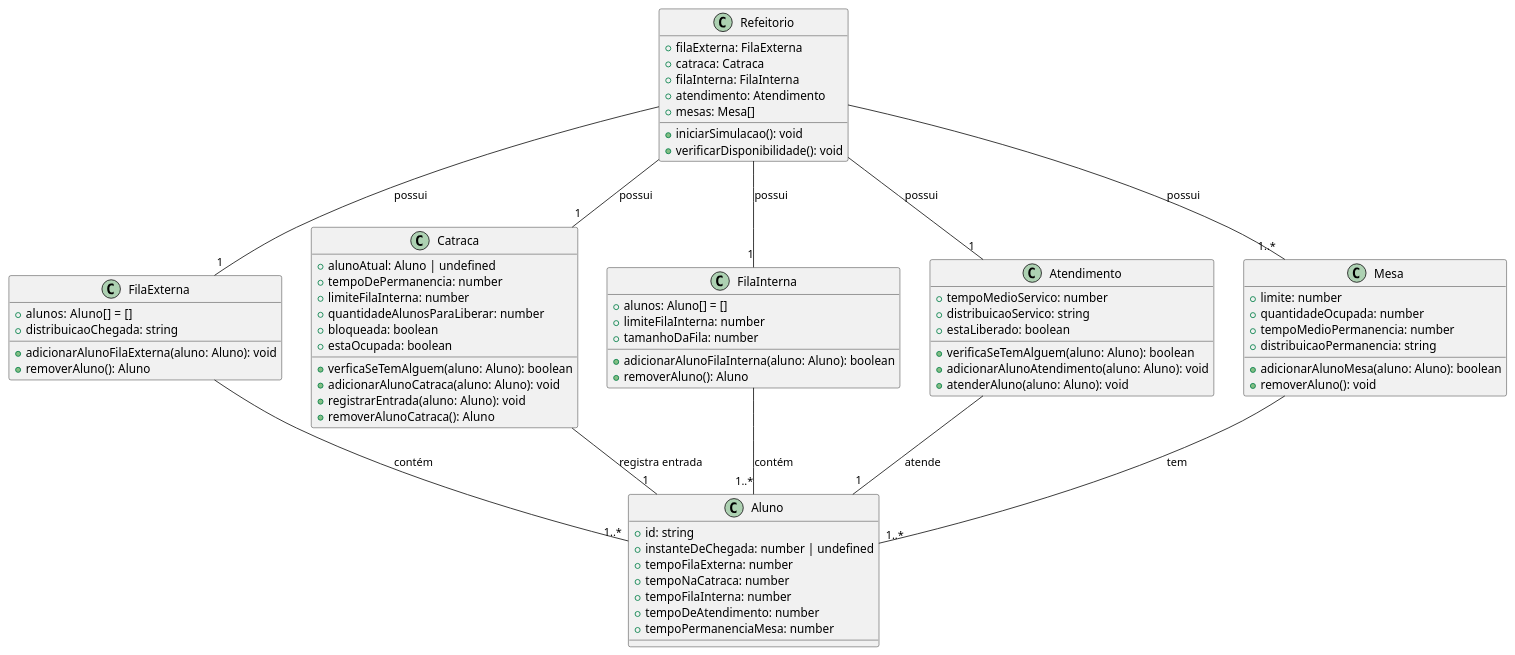
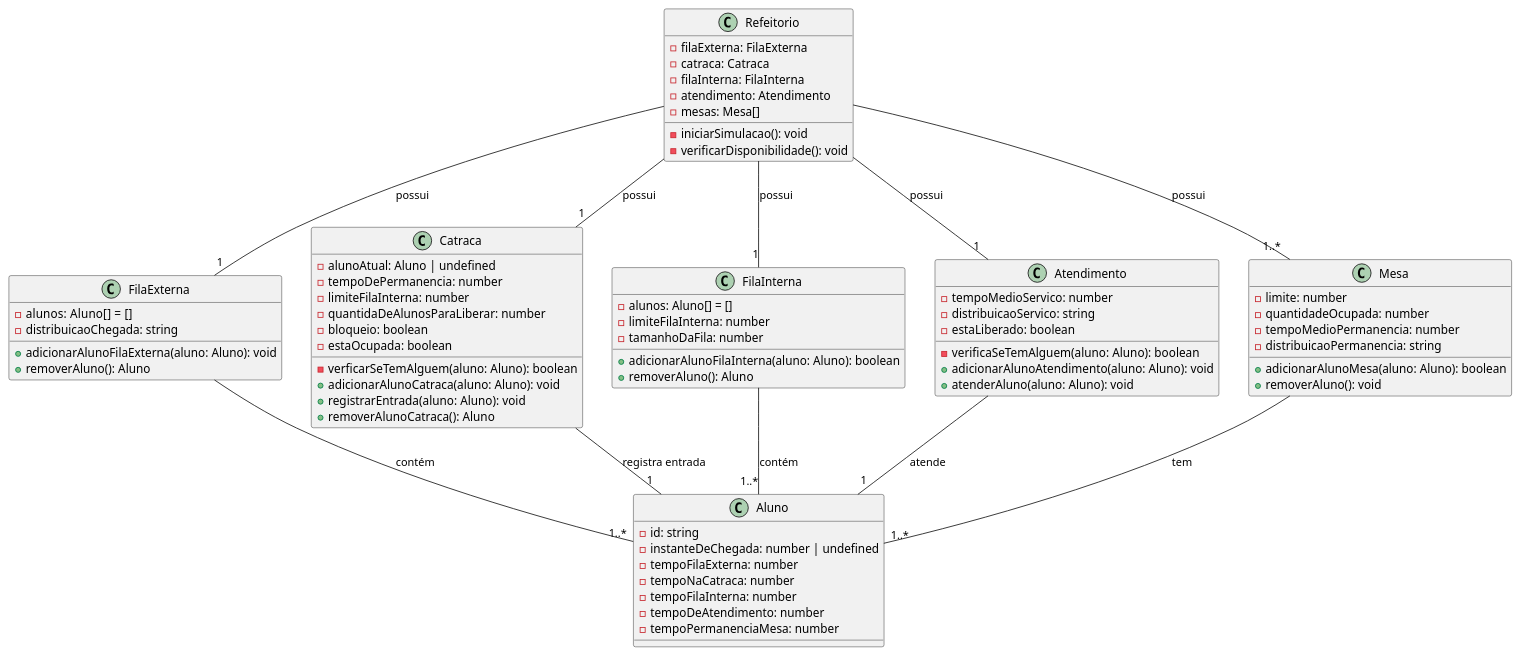
The diagram in design/system.plantuml (j-nilton/sfr-template), drawn with PlantUML before and after one commit. The commit also changed 7 other files, not shown here.

Commit message:
Primeira implementação no arquivo 'Sistema', com a adição das classes, atributos e métodos. OBS: ainda não foi adicionada nenhuma verificação de erro!!

```diff
--- a/design/system.plantuml
+++ b/design/system.plantuml
@@ -1,78 +1,78 @@
-@startuml Gerenciador para Refeitorio 
+@startuml Arquivo Sistema
 class Aluno {
-    +id: string
-    +instanteDeChegada: number | undefined
-    +tempoFilaExterna: number
-    +tempoNaCatraca: number
-    +tempoFilaInterna: number
-    +tempoDeAtendimento: number
-    +tempoPermanenciaMesa: number
+    -id: string
+    -instanteDeChegada: number | undefined
+    -tempoFilaExterna: number
+    -tempoNaCatraca: number
+    -tempoFilaInterna: number
+    -tempoDeAtendimento: number
+    -tempoPermanenciaMesa: number
 }
 
 class FilaExterna {
-    +alunos: Aluno[]  = []
-    +distribuicaoChegada: string
+    -alunos: Aluno[]  = []
+    -distribuicaoChegada: string
     +adicionarAlunoFilaExterna(aluno: Aluno): void
     +removerAluno(): Aluno
 }
 
 class Catraca {
-    +alunoAtual: Aluno | undefined
-    +tempoDePermanencia: number
-    +limiteFilaInterna: number
-    +quantidadeAlunosParaLiberar: number
-    +bloqueada: boolean
-    +estaOcupada: boolean
-    +verficaSeTemAlguem(aluno: Aluno): boolean
+    -alunoAtual: Aluno | undefined
+    -tempoDePermanencia: number
+    -limiteFilaInterna: number
+    -quantidaDeAlunosParaLiberar: number
+    -bloqueio: boolean
+    -estaOcupada: boolean
+    -verficarSeTemAlguem(aluno: Aluno): boolean
     +adicionarAlunoCatraca(aluno: Aluno): void
     +registrarEntrada(aluno: Aluno): void
     +removerAlunoCatraca(): Aluno
 }
 
 class FilaInterna {
-    +alunos: Aluno[] = []
-    +limiteFilaInterna: number
-    +tamanhoDaFila: number
+    -alunos: Aluno[] = []
+    -limiteFilaInterna: number
+    -tamanhoDaFila: number
     +adicionarAlunoFilaInterna(aluno: Aluno): boolean
     +removerAluno(): Aluno
 }
 
 class Atendimento {
-    +tempoMedioServico: number
-    +distribuicaoServico: string
-    +estaLiberado: boolean
-    +verificaSeTemAlguem(aluno: Aluno): boolean
+    -tempoMedioServico: number
+    -distribuicaoServico: string
+    -estaLiberado: boolean
+    -verificaSeTemAlguem(aluno: Aluno): boolean
     +adicionarAlunoAtendimento(aluno: Aluno): void
     +atenderAluno(aluno: Aluno): void
 }
 
 class Mesa {
-    +limite: number
-    +quantidadeOcupada: number
-    +tempoMedioPermanencia: number
-    +distribuicaoPermanencia: string
+    -limite: number
+    -quantidadeOcupada: number
+    -tempoMedioPermanencia: number
+    -distribuicaoPermanencia: string
     +adicionarAlunoMesa(aluno: Aluno): boolean
     +removerAluno(): void
 }
 
 class Refeitorio {
-    +filaExterna: FilaExterna
-    +catraca: Catraca
-    +filaInterna: FilaInterna
-    +atendimento: Atendimento
-    +mesas: Mesa[]
-    +iniciarSimulacao(): void
-    +verificarDisponibilidade(): void
+    -filaExterna: FilaExterna
+    -catraca: Catraca
+    -filaInterna: FilaInterna
+    -atendimento: Atendimento
+    -mesas: Mesa[]
+    -iniciarSimulacao(): void
+    -verificarDisponibilidade(): void
 }
 
 FilaExterna -- "1..*" Aluno : "contém"
 FilaInterna -- "1..*" Aluno : "contém"
 Catraca -- "1" Aluno : "registra entrada"
 Atendimento -- "1" Aluno: "atende"
 Mesa -- "1..*" Aluno : "tem"
 Refeitorio -- "1" FilaExterna : "possui"
 Refeitorio -- "1" Catraca : "possui"
 Refeitorio -- "1" FilaInterna : "possui"
 Refeitorio -- "1" Atendimento : "possui"
 Refeitorio -- "1..*" Mesa : "possui"
 @enduml
```
